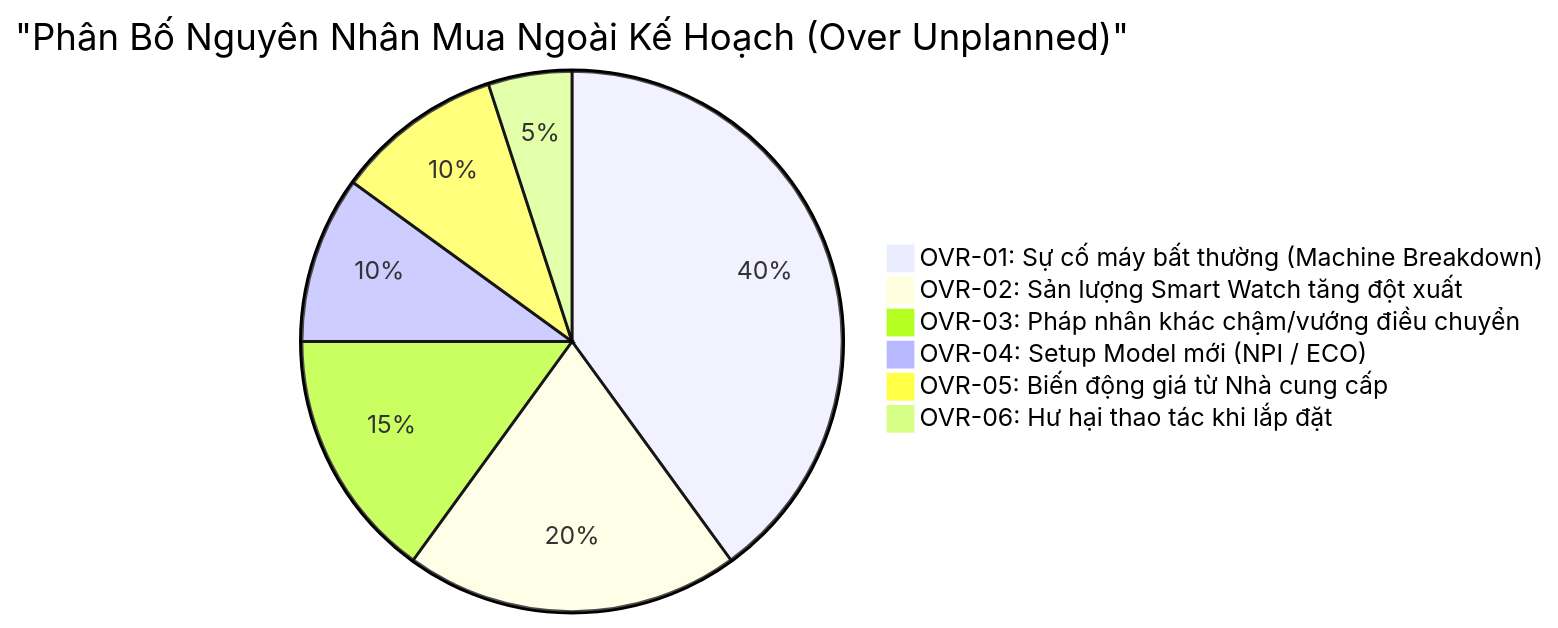
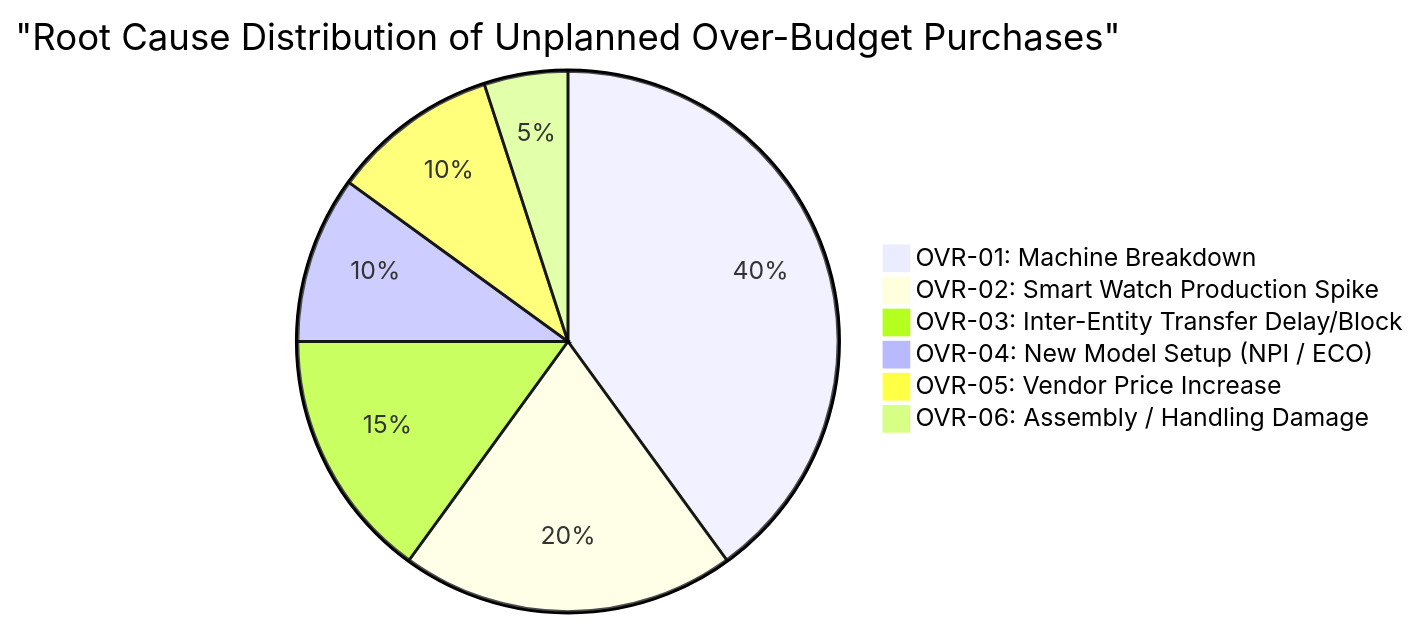
One commit to longphamduc-vn/ops-workflow changed the second of 2 diagrams in procurement-system/04-budget-cost-and-over-management/02-unplanned-over-budget-tracking.md. Above: the diagram before and after it, drawn with Mermaid. The commit also changed other lines of this file and 28 other files, not shown here.

````diff
--- a/procurement-system/04-budget-cost-and-over-management/02-unplanned-over-budget-tracking.md
+++ b/procurement-system/04-budget-cost-and-over-management/02-unplanned-over-budget-tracking.md
@@ -56,9 +56,9 @@
 ```mermaid
-pie title "Phân Bố Nguyên Nhân Mua Ngoài Kế Hoạch (Over Unplanned)"
-    "OVR-01: Sự cố máy bất thường (Machine Breakdown)" : 40
-    "OVR-02: Sản lượng Smart Watch tăng đột xuất" : 20
-    "OVR-03: Pháp nhân khác chậm/vướng điều chuyển" : 15
-    "OVR-04: Setup Model mới (NPI / ECO)" : 10
-    "OVR-05: Biến động giá từ Nhà cung cấp" : 10
-    "OVR-06: Hư hại thao tác khi lắp đặt" : 5
+pie title "Root Cause Distribution of Unplanned Over-Budget Purchases"
+    "OVR-01: Machine Breakdown" : 40
+    "OVR-02: Smart Watch Production Spike" : 20
+    "OVR-03: Inter-Entity Transfer Delay/Block" : 15
+    "OVR-04: New Model Setup (NPI / ECO)" : 10
+    "OVR-05: Vendor Price Increase" : 10
+    "OVR-06: Assembly / Handling Damage" : 5
 ```
````
